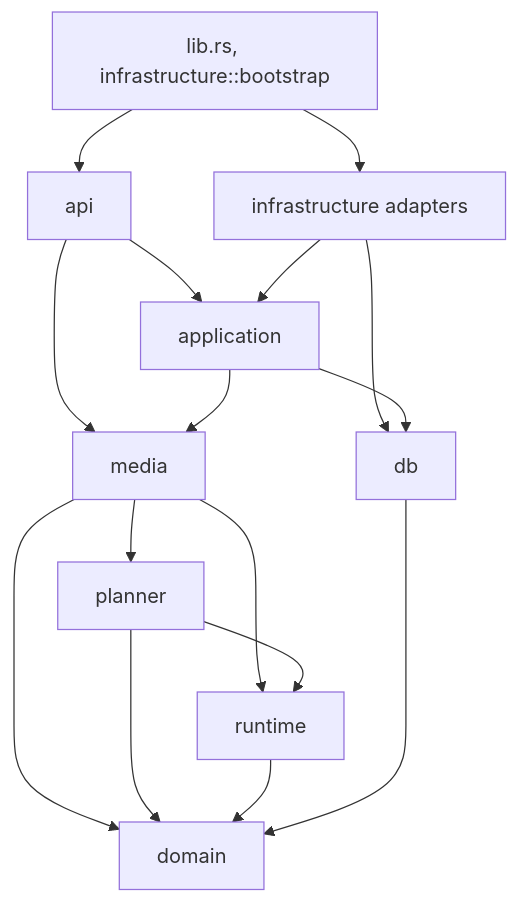
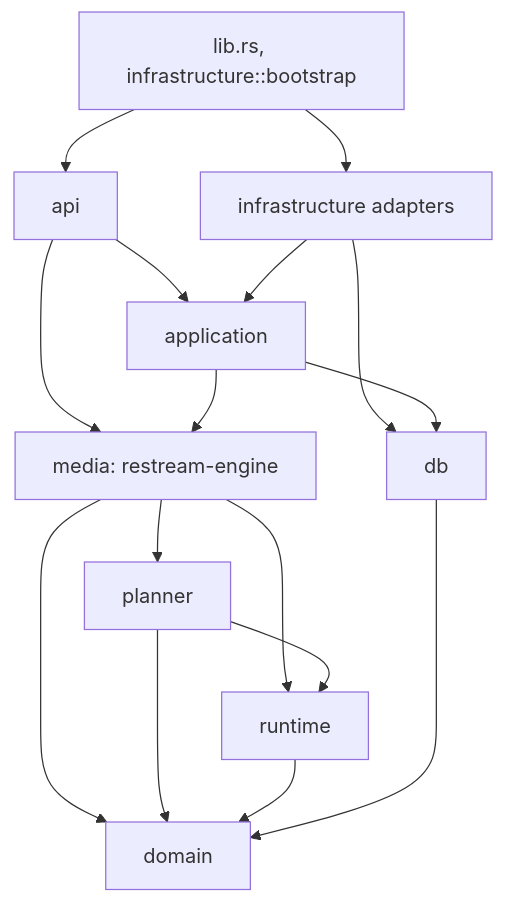
The seventh of 7 diagrams in docs/architecture.md (krsna1729/restream), drawn with Mermaid before and after one commit. The commit also changed other lines of this file and 838 other files, not shown here.

First line of the commit message:
Move src/media into the restream-engine workspace crate

````diff
--- a/docs/architecture.md
+++ b/docs/architecture.md
@@ -509,18 +525,18 @@
 ```mermaid
 flowchart TD
     Boot["lib.rs, infrastructure::bootstrap"] --> Api["api"]
     Boot --> Infra["infrastructure adapters"]
     Api --> App["application"]
     Api --> Media
     Infra --> App
     Infra --> Db["db"]
-    App --> Media["media"]
+    App --> Media["media: restream-engine"]
     App --> Db
     Media --> Planner["planner"]
     Media --> Runtime["runtime"]
     Media --> Domain["domain"]
     Planner --> Runtime
     Planner --> Domain
     Runtime --> Domain
     Db --> Domain
 ```
````
